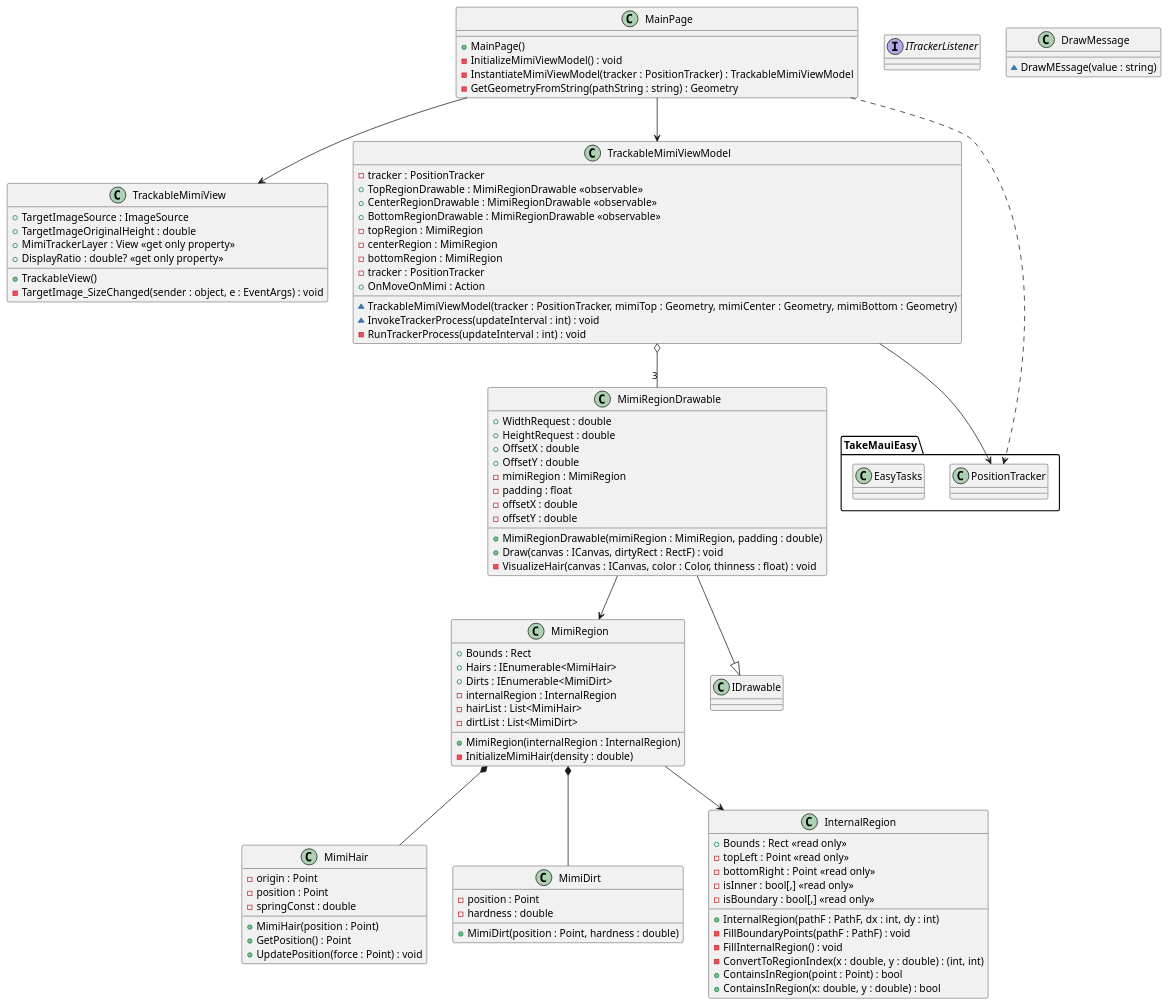
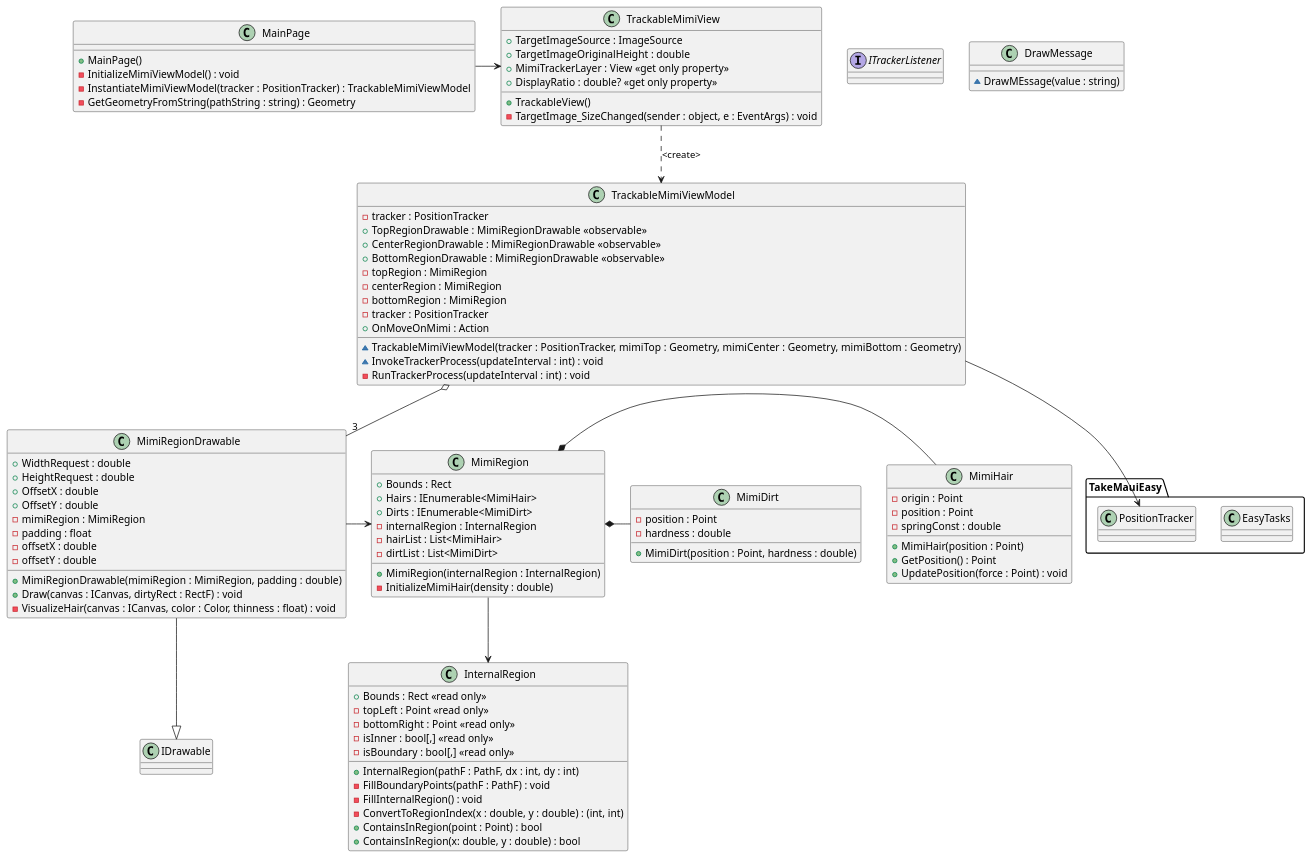
The diagram in uml/MimikakiApp.puml (tatsuya19871219/MauiMimikakiApp), drawn with PlantUML before and after one commit. The commit also changed 10 other files, not shown here.

Commit message:
Remane several classes and add TrackerUpdateMessage class to decouple MainPage and ViewModel

```diff
--- a/uml/MimikakiApp.puml
+++ b/uml/MimikakiApp.puml
@@ -1,155 +1,154 @@
 @startuml MimikakiClassDiagram
 ' Models
 ' class MimiModel
 ' {
 '     - height : int
 '     - width : int
 '     - topRegion : MimiRegion
 '     - centerRegion : MimiRegion
 '     - bottomRegion : MimiRegion
 ' }
 
 class MimiRegion
 {
     + Bounds : Rect
     + Hairs : IEnumerable<MimiHair>
     + Dirts : IEnumerable<MimiDirt>
     - internalRegion : InternalRegion
     - hairList : List<MimiHair>
     - dirtList : List<MimiDirt>
     + MimiRegion(internalRegion : InternalRegion)
     - InitializeMimiHair(density : double)
     '+ OnTouch : Action
     '+ OnDirtRemoving : Action
     '+ OnDirtRemoved : Action
 }
 
 interface ITrackerListener
 {
     
 }
 
 class MimiHair
 {
     - origin : Point
     - position : Point
     - springConst : double
     + MimiHair(position : Point)
     + GetPosition() : Point
     + UpdatePosition(force : Point) : void
 }
 
 class MimiDirt
 {
     - position : Point
     - hardness : double
     + MimiDirt(position : Point, hardness : double)
 }
 
 class InternalRegion
 {
     + Bounds : Rect <<read only>>
     - topLeft : Point <<read only>>
     - bottomRight : Point <<read only>>
     - isInner : bool[,] <<read only>>
     - isBoundary : bool[,] <<read only>>
     + InternalRegion(pathF : PathF, dx : int, dy : int)
     - FillBoundaryPoints(pathF : PathF) : void
     - FillInternalRegion() : void
     - ConvertToRegionIndex(x : double, y : double) : (int, int)
     + ContainsInRegion(point : Point) : bool
     + ContainsInRegion(x: double, y : double) : bool
 }
 
 ' Views
 class TrackableMimiView
 {
     + TargetImageSource : ImageSource
     + TargetImageOriginalHeight : double
     + MimiTrackerLayer : View <<get only property>>
     + DisplayRatio : double? <<get only property>>
     + TrackableView()
     - TargetImage_SizeChanged(sender : object, e : EventArgs) : void
 }
 
 
 ' ViewModels
 class TrackableMimiViewModel
 {
     - tracker : PositionTracker
     '- trackableMimiView : TrackableMimiView
     '- mimi : MimiModel
     + TopRegionDrawable : MimiRegionDrawable <<observable>>
     + CenterRegionDrawable : MimiRegionDrawable <<observable>>
     + BottomRegionDrawable : MimiRegionDrawable <<observable>>
     - topRegion : MimiRegion
     - centerRegion : MimiRegion
     - bottomRegion : MimiRegion
     - tracker : PositionTracker
     + OnMoveOnMimi : Action
     '+ BindTrackableMimi(trackableMimiView : TrackableMimiView) : void
     '- RunTrackerProcess()
     ~ TrackableMimiViewModel(tracker : PositionTracker, mimiTop : Geometry, mimiCenter : Geometry, mimiBottom : Geometry)
     ~ InvokeTrackerProcess(updateInterval : int) : void
     - RunTrackerProcess(updateInterval : int) : void
 }
 
 
 ' Drawable
 class MimiRegionDrawable
 {
     + WidthRequest : double
     + HeightRequest : double
     + OffsetX : double
     + OffsetY : double
     - mimiRegion : MimiRegion
     '- internal : InternalRegion
     - padding : float
     - offsetX : double
     - offsetY : double
     + MimiRegionDrawable(mimiRegion : MimiRegion, padding : double)
     + Draw(canvas : ICanvas, dirtyRect : RectF) : void
     - VisualizeHair(canvas : ICanvas, color : Color, thinness : float) : void
 }
 
 ' Message
 class DrawMessage
 {
     ~ DrawMEssage(value : string)
 }
 
 ' Page
 class MainPage
 {
     + MainPage()
     - InitializeMimiViewModel() : void
     - InstantiateMimiViewModel(tracker : PositionTracker) : TrackableMimiViewModel
     - GetGeometryFromString(pathString : string) : Geometry
 }
 
 ' Library
 package TakeMauiEasy
 {
+    class EasyTasks
     class PositionTracker
-
-    class EasyTasks
 }
 
 ' 
-'MimiModel o-- "3" MimiRegion
 MimiRegion --> InternalRegion
-MimiRegion *-- MimiHair
-MimiRegion *-- MimiDirt
-'
+MimiRegion *- MimiHair
+MimiRegion *- MimiDirt
+
 TrackableMimiViewModel --> PositionTracker
-'TrackableMimiViewModel --> MimiModel
 TrackableMimiViewModel o-- "3" MimiRegionDrawable
 
-MainPage --> TrackableMimiViewModel
-MainPage ..> PositionTracker
-MainPage --> TrackableMimiView
+TrackableMimiView ..> TrackableMimiViewModel : <create>
+
+' MainPage --> TrackableMimiViewModel
+'MainPage .> PositionTracker
+MainPage -> TrackableMimiView
 
 MimiRegionDrawable --|> IDrawable
-MimiRegionDrawable --> MimiRegion
+MimiRegionDrawable -> MimiRegion
 
 @enduml
```
